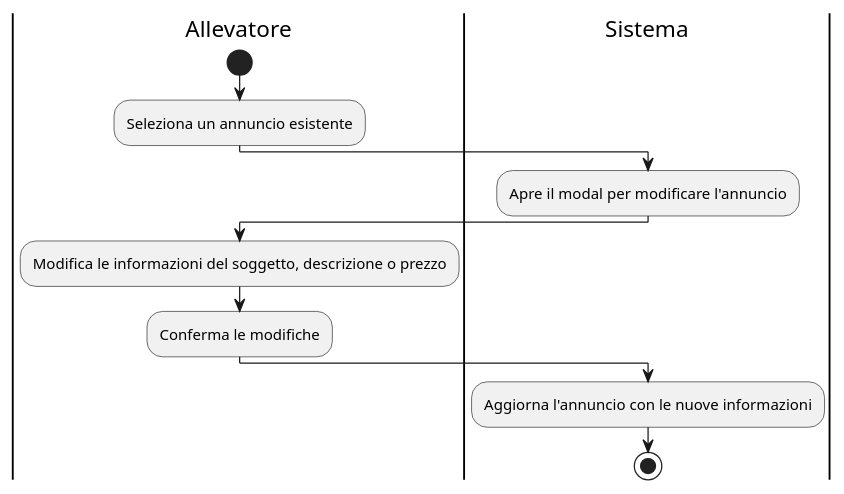
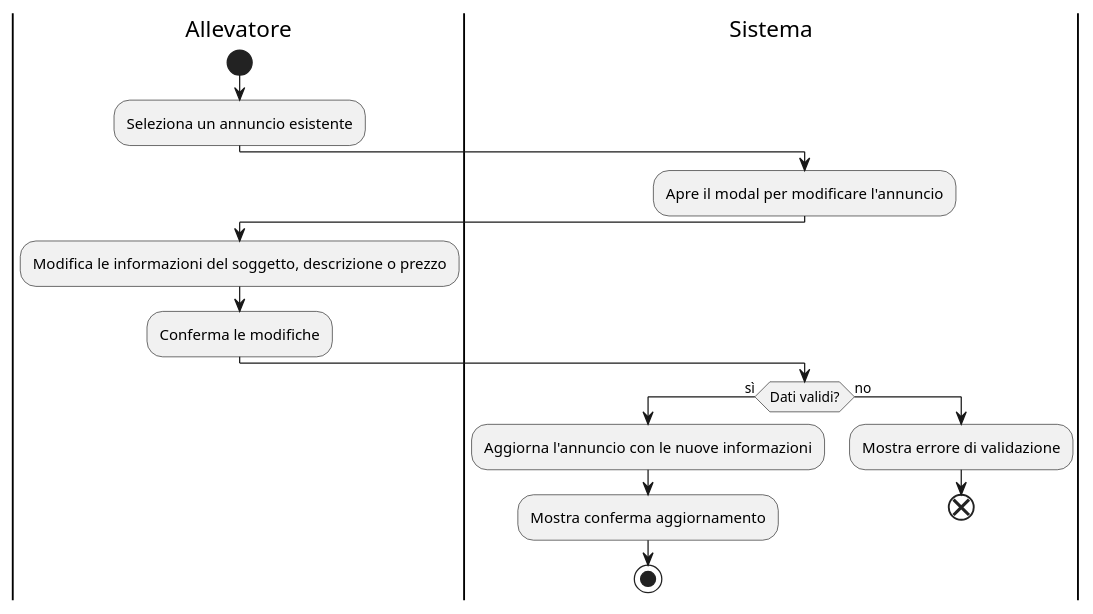
Before and after one commit to cristiancundari/birdbase: diagram 17 of 27 in docs/sezioni/usecases/2_activitydiagrams.md, drawn with PlantUML. The commit also changed other lines of this file and 4 other files, not shown here.

````diff
--- a/docs/sezioni/usecases/2_activitydiagrams.md
+++ b/docs/sezioni/usecases/2_activitydiagrams.md
@@ -401,23 +445,21 @@
 ```plantuml
 @startuml
 |Allevatore|
 start
 :Seleziona un annuncio esistente;
-
 |Sistema|
 :Apre il modal per modificare l'annuncio;
-
 |Allevatore|
 :Modifica le informazioni del soggetto, descrizione o prezzo;
-
-|Allevatore|
 :Conferma le modifiche;
-
 |Sistema|
-:Aggiorna l'annuncio con le nuove informazioni;
-
-stop
+if (Dati validi?) then (sì)
+    :Aggiorna l'annuncio con le nuove informazioni;
+    :Mostra conferma aggiornamento;
+    stop
+else (no)
+    :Mostra errore di validazione;
+    end
+endif
 @enduml
-
-
 ```
````
